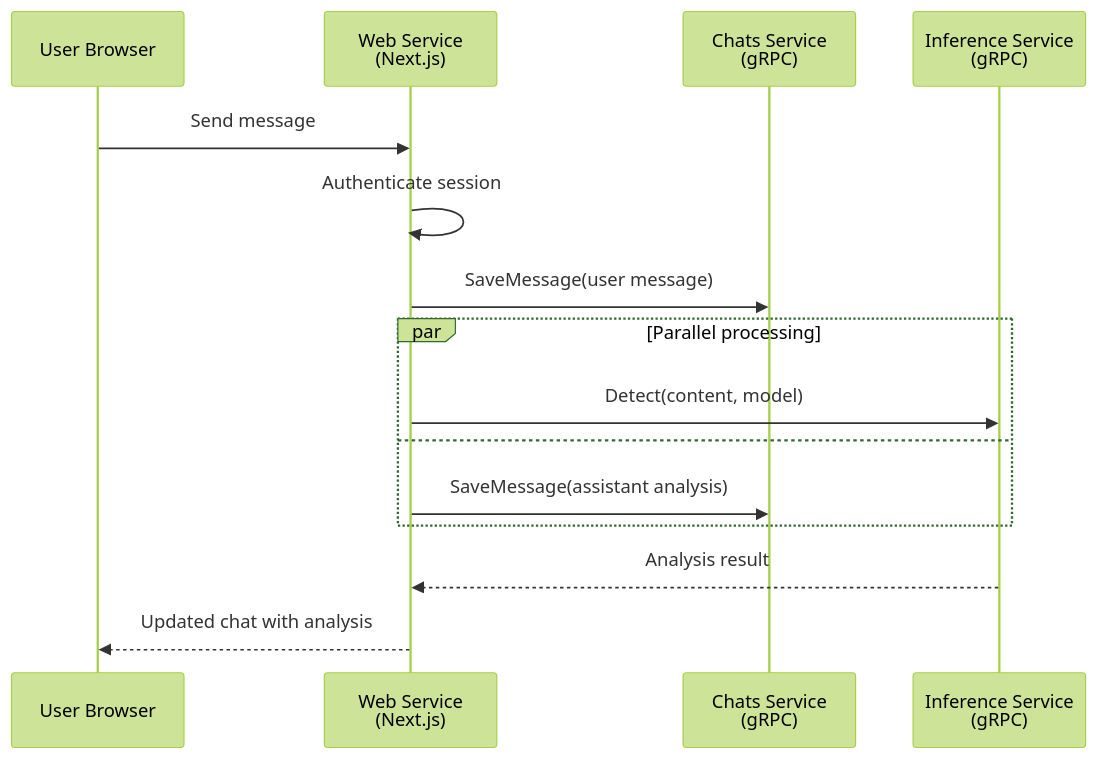
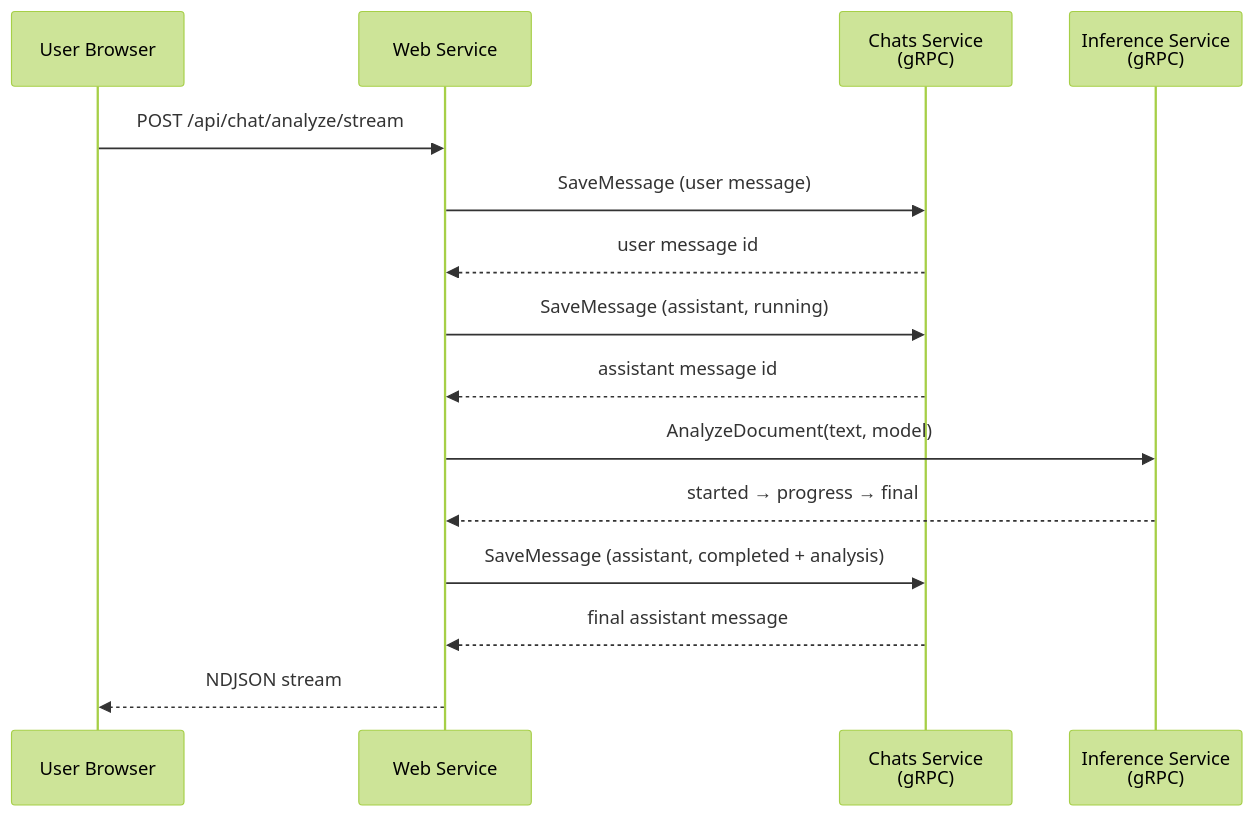
The second of 5 diagrams in apps/web/docs/concepts/request-flows.md (kunalPisolkar24/detectAI), drawn with Mermaid (forest theme) before and after one commit. The commit also changed other lines of this file and 13 other files, not shown here.

First line of the commit message:
Bring the web service docs back in sync with the code

````diff
--- a/apps/web/docs/concepts/request-flows.md
+++ b/apps/web/docs/concepts/request-flows.md
@@ -52,18 +67,18 @@
 ```mermaid
 sequenceDiagram
     participant User as User Browser
-    participant Web as Web Service<br/>(Next.js)
+    participant Web as Web Service
     participant ChatSvc as Chats Service<br/>(gRPC)
     participant Inference as Inference Service<br/>(gRPC)
 
-    User->>Web: Send message
-    Web->>Web: Authenticate session
-    Web->>ChatSvc: SaveMessage(user message)
-    par Parallel processing
-        Web->>Inference: Detect(content, model)
-        and
-        Web->>ChatSvc: SaveMessage(assistant analysis)
-    end
-    Inference-->>Web: Analysis result
-    Web-->>User: Updated chat with analysis
+    User->>Web: POST /api/chat/analyze/stream
+    Web->>ChatSvc: SaveMessage (user message)
+    ChatSvc-->>Web: user message id
+    Web->>ChatSvc: SaveMessage (assistant, running)
+    ChatSvc-->>Web: assistant message id
+    Web->>Inference: AnalyzeDocument(text, model)
+    Inference-->>Web: started → progress → final
+    Web->>ChatSvc: SaveMessage (assistant, completed + analysis)
+    ChatSvc-->>Web: final assistant message
+    Web-->>User: NDJSON stream
 ```
````
